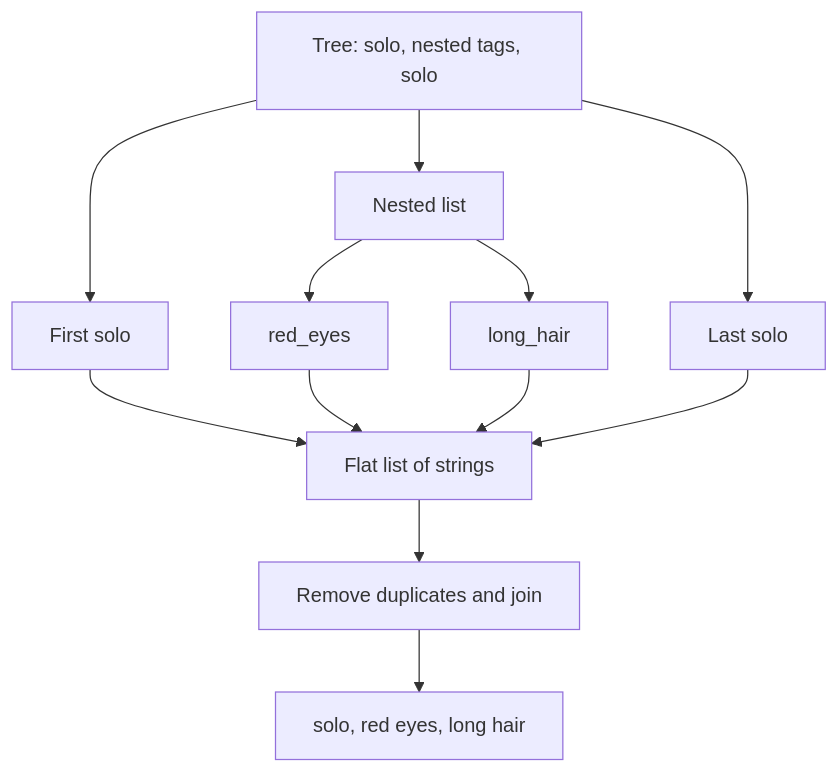
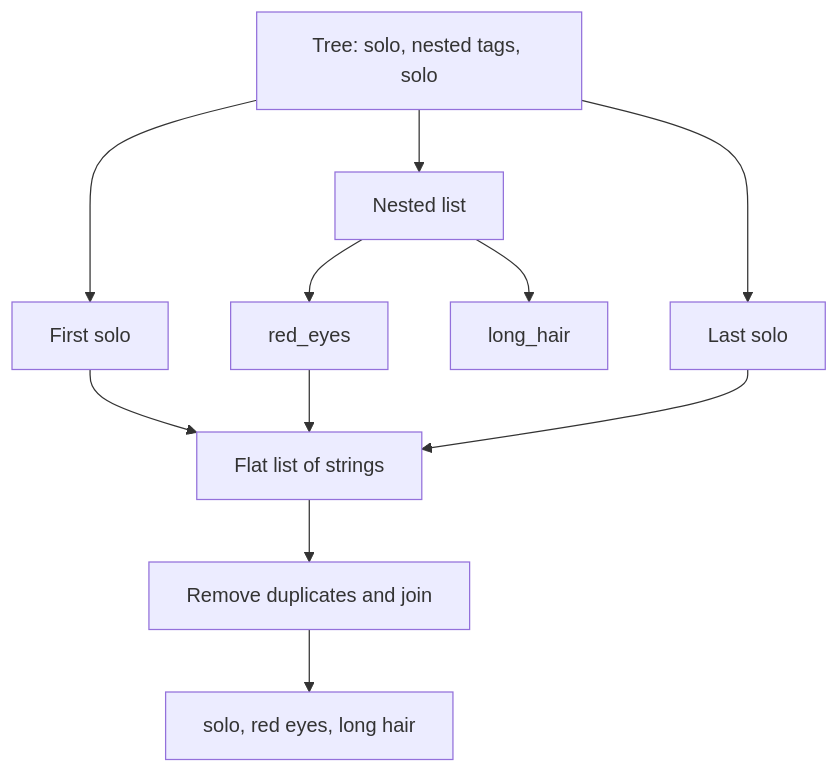
One commit to ojari/home_config changed the third of 5 diagrams in lisp/danbooru-explained.md. Above: the diagram before and after it, drawn with Mermaid. The commit also changed other lines of this file and 5 other files, not shown here.

````diff
--- a/lisp/danbooru-explained.md
+++ b/lisp/danbooru-explained.md
@@ -327,14 +317,13 @@
 ```mermaid
 flowchart TD
     A["Tree: solo, nested tags, solo"] --> B[First solo]
     A --> C[Nested list]
     A --> D[Last solo]
     C --> E[red_eyes]
     C --> F[long_hair]
     B --> G[Flat list of strings]
     E --> G
-    F --> G
     D --> G
     G --> H[Remove duplicates and join]
     H --> I["solo, red eyes, long hair"]
 ```
````
